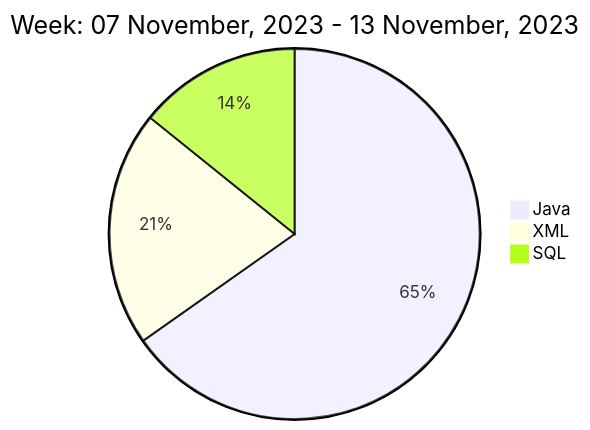
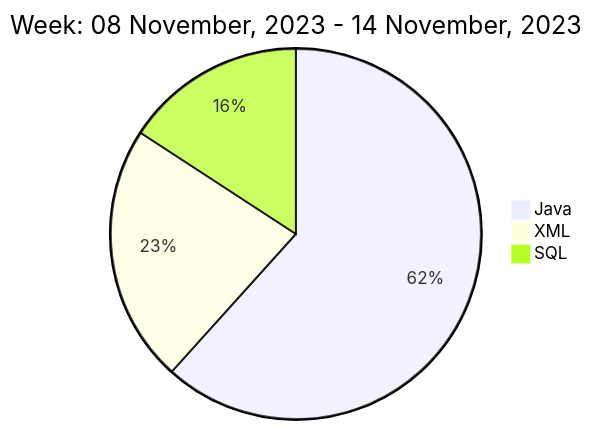
One commit to liubin95/liubin95 changed the diagram in README.md. Above: the diagram before and after it, drawn with Mermaid.

Commit message:
Updated the Graph with new Metrics

````diff
--- a/README.md
+++ b/README.md
@@ -40,7 +40,7 @@
 ```mermaid
  pie
-title Week: 07 November, 2023 - 13 November, 2023
- "Java" : 8.63
- "XML" : 2.72
- "SQL" : 1.88
+title Week: 08 November, 2023 - 14 November, 2023
+ "Java" : 5.97
+ "XML" : 2.18
+ "SQL" : 1.53
 ```
````
